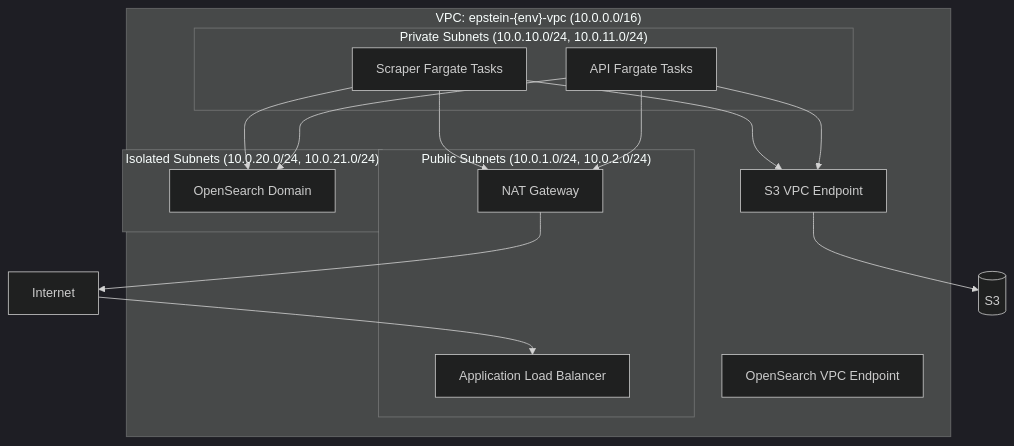
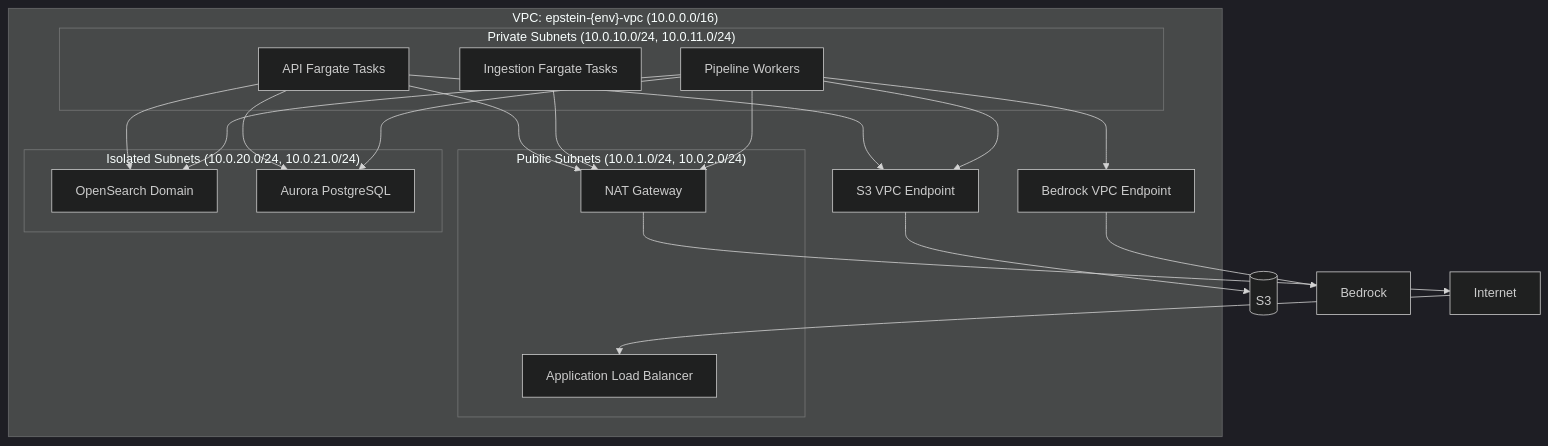
Diagram 14 of 15 in docs/architecture.md (gepstein23/EpsteinBrowser), drawn with Mermaid (dark theme) before and after one commit. The commit also changed other lines of this file and 1 other file, not shown here.

First line of the commit message:
Authored by Genevieve's Intern, Claude: Rewrite architecture with evented pipeline design

````diff
--- a/docs/architecture.md
+++ b/docs/architecture.md
@@ -292,26 +844,27 @@
 ```mermaid
 graph TB
     subgraph "VPC: epstein-{env}-vpc (10.0.0.0/16)"
         subgraph "Public Subnets (10.0.1.0/24, 10.0.2.0/24)"
             ALB[Application Load Balancer]
             NAT[NAT Gateway]
         end
         subgraph "Private Subnets (10.0.10.0/24, 10.0.11.0/24)"
             API[API Fargate Tasks]
-            SCRAPER[Scraper Fargate Tasks]
+            ING[Ingestion Fargate Tasks]
+            WORKERS[Pipeline Workers]
         end
         subgraph "Isolated Subnets (10.0.20.0/24, 10.0.21.0/24)"
             OS[OpenSearch Domain]
+            PG[Aurora PostgreSQL]
         end
         S3EP[S3 VPC Endpoint]
-        OSEP[OpenSearch VPC Endpoint]
+        BEDEP[Bedrock VPC Endpoint]
     end
 
     INET[Internet] --> ALB
-    API --> NAT --> INET
-    SCRAPER --> NAT
-    API --> S3EP --> S3[(S3)]
-    API --> OS
-    SCRAPER --> S3EP
-    SCRAPER --> OS
+    API & ING & WORKERS --> NAT --> INET
+    API & WORKERS --> S3EP --> S3[(S3)]
+    API & WORKERS --> OS
+    API & WORKERS --> PG
+    WORKERS --> BEDEP --> BED[Bedrock]
 ```
````
